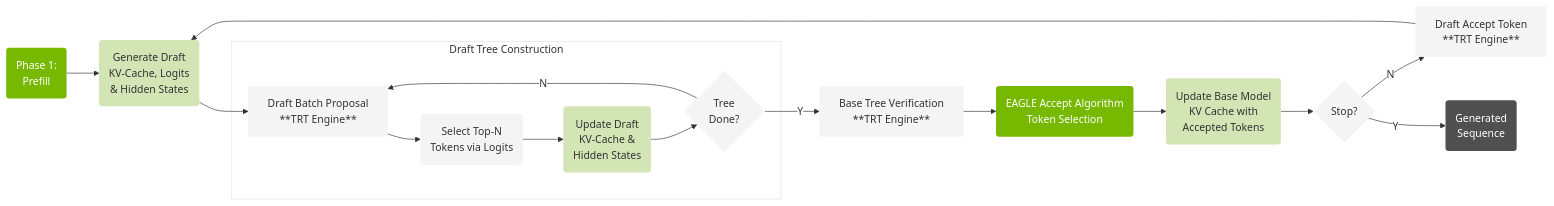
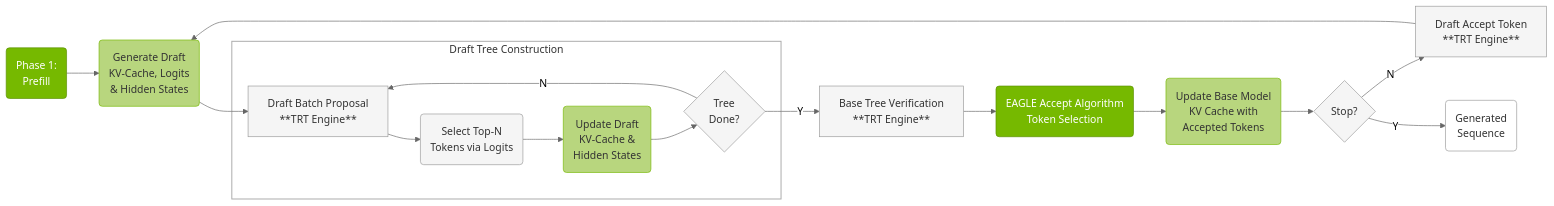
One commit to ConstBob/TensorRT-Edge-LLM changed the third of 3 diagrams in docs/source/developer_guide/04.3_LLM_Inference_SpecDecode_Runtime.md. Above: the diagram before and after it, drawn with Mermaid. The commit also changed other lines of this file and 20 other files, not shown here.

````diff
--- a/docs/source/developer_guide/04.3_LLM_Inference_SpecDecode_Runtime.md
+++ b/docs/source/developer_guide/04.3_LLM_Inference_SpecDecode_Runtime.md
@@ -250,47 +139,47 @@
 ```mermaid
-%%{init: {'themeVariables': {'edgeLabelBackground': 'white'}}}%%
+%%{init: {'theme':'neutral', 'themeVariables': {'primaryColor':'#76B900','primaryTextColor':'#fff','primaryBorderColor':'#5a8f00','lineColor':'#666','edgeLabelBackground':'#ffffff','labelTextColor':'#000','clusterBkg':'#ffffff','clusterBorder':'#999'}}}%%
 graph LR
     PHASE1_INPUT(Phase 1:<BR>Prefill)
     DRAFT_ACCEPT_ENGINE[Draft Accept Token<BR>**TRT Engine**]
     DRAFT_KV_GEN2(Generate Draft<BR>KV-Cache, Logits<BR>& Hidden States)
     
     subgraph TREE_CONSTRUCTION ["Draft Tree Construction"]
         DRAFT_PROPOSAL_ENGINE[Draft Batch Proposal<BR>**TRT Engine**]
         SELECT_TOP_N(Select Top-N <BR>Tokens via Logits)
         UPDATE_DRAFT_KV(Update Draft<BR>KV-Cache & <BR>Hidden States)
         TREE_ROUND_CHECK{Tree<BR>Done?}
     end
     
     BASE_VERIFY_ENGINE[Base Tree Verification<BR>**TRT Engine**]
     EAGLE_ACCEPT(EAGLE Accept Algorithm<BR>Token Selection)
     BUILD_KV_CACHE(Update Base Model<BR>KV Cache with <BR>Accepted Tokens)
     STOP_CHECK{Stop?}
     OUTPUT_SEQUENCE(Generated<BR>Sequence)
     
     PHASE1_INPUT --> DRAFT_KV_GEN2
     DRAFT_ACCEPT_ENGINE --> DRAFT_KV_GEN2
     DRAFT_KV_GEN2 --> DRAFT_PROPOSAL_ENGINE
     DRAFT_PROPOSAL_ENGINE --> SELECT_TOP_N
     SELECT_TOP_N --> UPDATE_DRAFT_KV
     UPDATE_DRAFT_KV --> TREE_ROUND_CHECK
     TREE_ROUND_CHECK -->|N| DRAFT_PROPOSAL_ENGINE
     TREE_ROUND_CHECK -->|Y| BASE_VERIFY_ENGINE
     BASE_VERIFY_ENGINE --> EAGLE_ACCEPT
     EAGLE_ACCEPT --> BUILD_KV_CACHE
     BUILD_KV_CACHE --> STOP_CHECK
     STOP_CHECK -->|N| DRAFT_ACCEPT_ENGINE
     STOP_CHECK -->|Y| OUTPUT_SEQUENCE
     
-    classDef greyNode fill:#f4f4f4, stroke-width:0px
-    classDef darkNode fill:#505050, stroke-width:0px, color:#ffffff
-    classDef nvNode fill:#76B900, stroke-width:0px, color:#ffffff
-    classDef nvLightNode fill:#D3E4B5, stroke-width:0px
-    classDef lightSubGraph fill:#ffffff, stroke:#e0e0e0
+    classDef greyNode fill:#f5f5f5,stroke:#999,stroke-width:1px,color:#333
+    classDef darkNode fill:#ffffff,stroke:#999,stroke-width:1px,color:#333
+    classDef nvNode fill:#76B900,stroke:#5a8f00,stroke-width:1px,color:#fff
+    classDef nvLightNode fill:#b8d67e,stroke:#76B900,stroke-width:1px,color:#333
+    classDef lightSubGraph fill:none,stroke:#aaa,stroke-width:1.5px
     
     class PHASE1_INPUT nvNode
     class TOKENIZER,TREE_ROUND_CHECK,STOP_CHECK,SELECT_TOP_N,DRAFT_ACCEPT_ENGINE,DRAFT_PROPOSAL_ENGINE,BASE_VERIFY_ENGINE greyNode
     class DRAFT_KV_GEN2,UPDATE_DRAFT_KV,BUILD_KV_CACHE nvLightNode
     class EAGLE_ACCEPT nvNode
     class OUTPUT_SEQUENCE darkNode
     class TREE_CONSTRUCTION lightSubGraph
 ```
````
